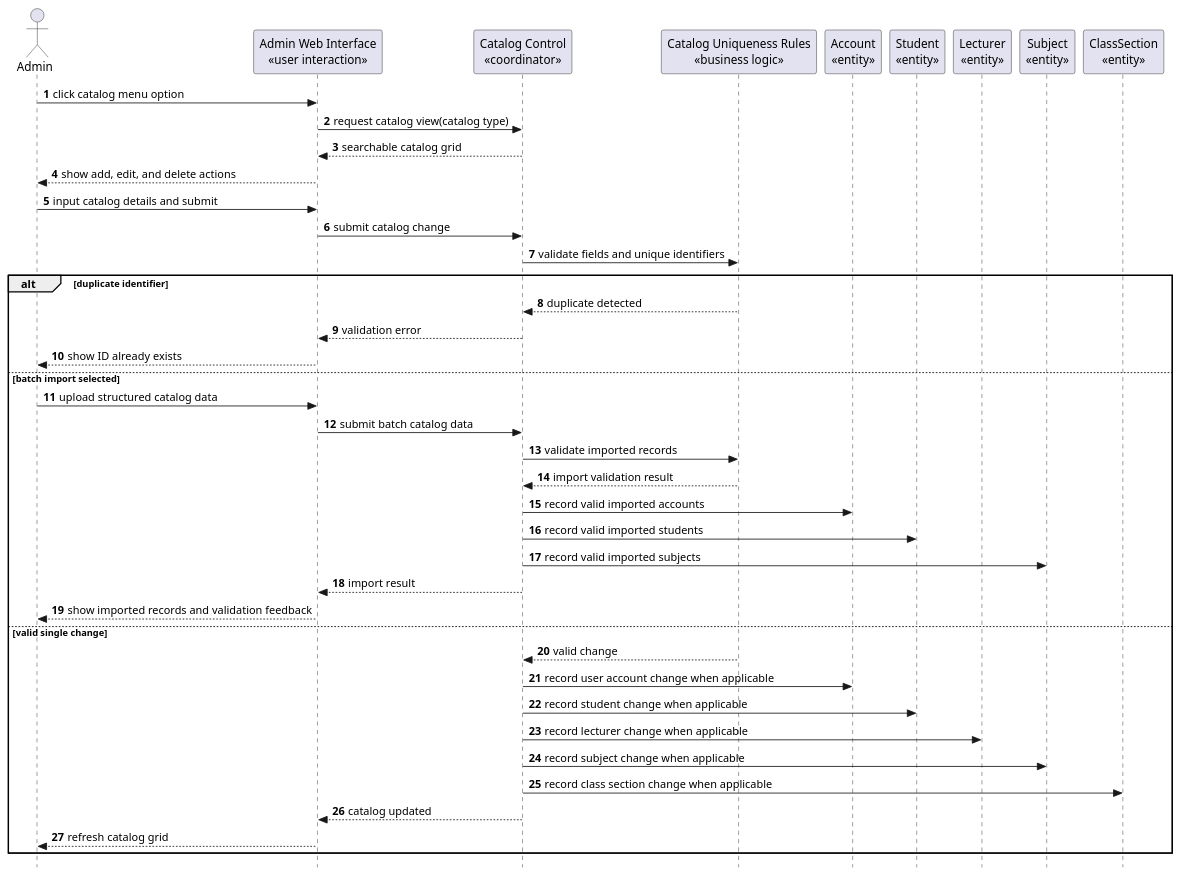
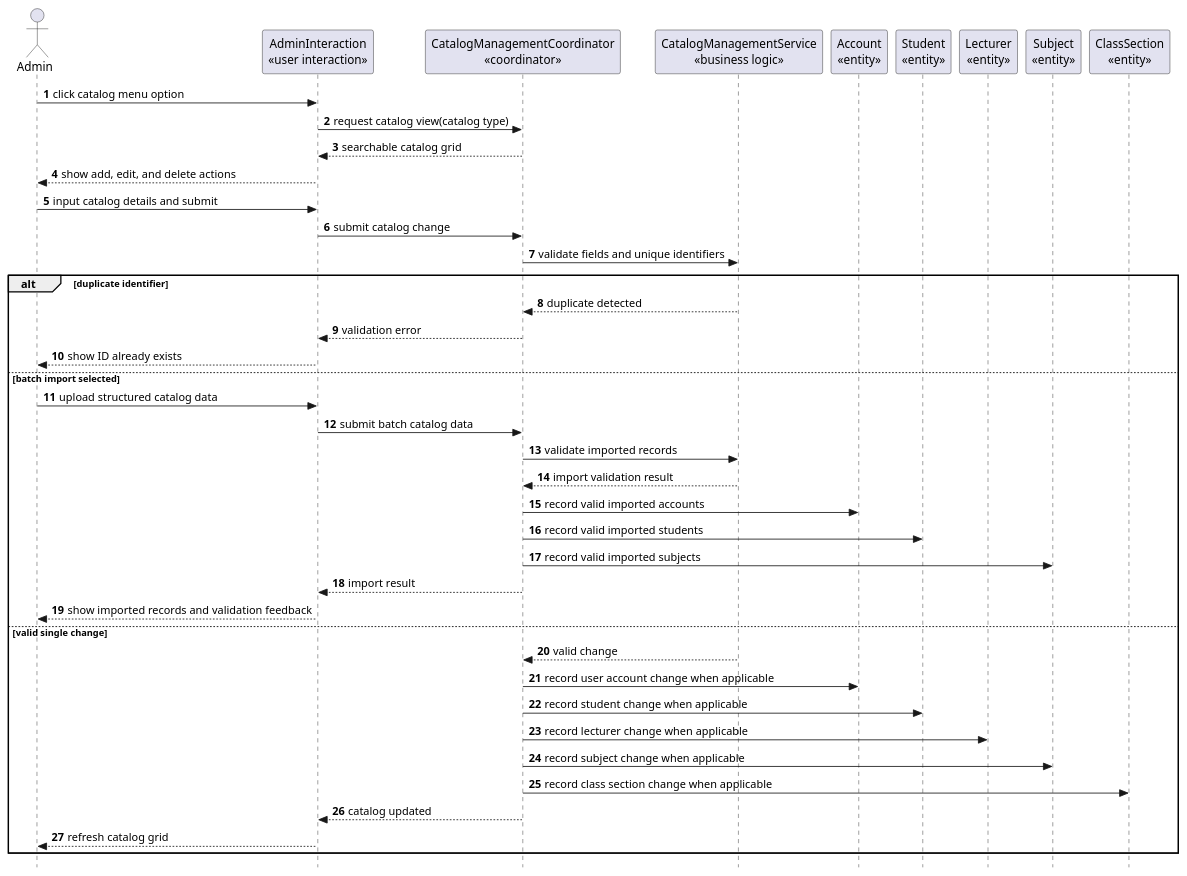
Diagram 23 of 29 in docs/sds/2_Analysis.md (nttung42/SWD392), drawn with PlantUML before and after one commit. The commit also changed other lines of this file and 5 other files, not shown here.

````diff
--- a/docs/sds/2_Analysis.md
+++ b/docs/sds/2_Analysis.md
@@ -1147,48 +1126,48 @@
 ```plantuml
 @startuml
 skinparam style strictuml
 autonumber
 actor "Admin" as Admin
-participant "Admin Web Interface\n«user interaction»" as AdminUI
-participant "Catalog Control\n«coordinator»" as CatalogControl
-participant "Catalog Uniqueness Rules\n«business logic»" as CatalogRules
+participant "AdminInteraction\n«user interaction»" as AdminUI
+participant "CatalogManagementCoordinator\n«coordinator»" as CatalogControl
+participant "CatalogManagementService\n«business logic»" as CatalogRules
 participant "Account\n«entity»" as Account
 participant "Student\n«entity»" as Student
 participant "Lecturer\n«entity»" as Lecturer
 participant "Subject\n«entity»" as Subject
 participant "ClassSection\n«entity»" as ClassSection
 
 Admin -> AdminUI : click catalog menu option
 AdminUI -> CatalogControl : request catalog view(catalog type)
 CatalogControl --> AdminUI : searchable catalog grid
 AdminUI --> Admin : show add, edit, and delete actions
 Admin -> AdminUI : input catalog details and submit
 AdminUI -> CatalogControl : submit catalog change
 CatalogControl -> CatalogRules : validate fields and unique identifiers
 
 alt duplicate identifier
   CatalogRules --> CatalogControl : duplicate detected
   CatalogControl --> AdminUI : validation error
   AdminUI --> Admin : show ID already exists
 else batch import selected
   Admin -> AdminUI : upload structured catalog data
   AdminUI -> CatalogControl : submit batch catalog data
   CatalogControl -> CatalogRules : validate imported records
   CatalogRules --> CatalogControl : import validation result
   CatalogControl -> Account : record valid imported accounts
   CatalogControl -> Student : record valid imported students
   CatalogControl -> Subject : record valid imported subjects
   CatalogControl --> AdminUI : import result
   AdminUI --> Admin : show imported records and validation feedback
 else valid single change
   CatalogRules --> CatalogControl : valid change
   CatalogControl -> Account : record user account change when applicable
   CatalogControl -> Student : record student change when applicable
   CatalogControl -> Lecturer : record lecturer change when applicable
   CatalogControl -> Subject : record subject change when applicable
   CatalogControl -> ClassSection : record class section change when applicable
   CatalogControl --> AdminUI : catalog updated
   AdminUI --> Admin : refresh catalog grid
 end
 @enduml
 ```
````
